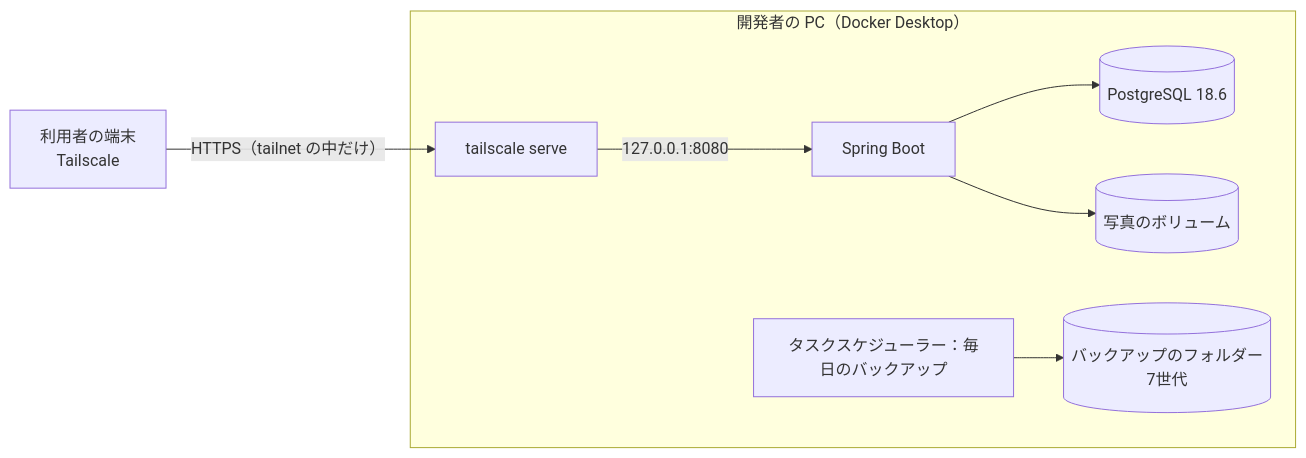
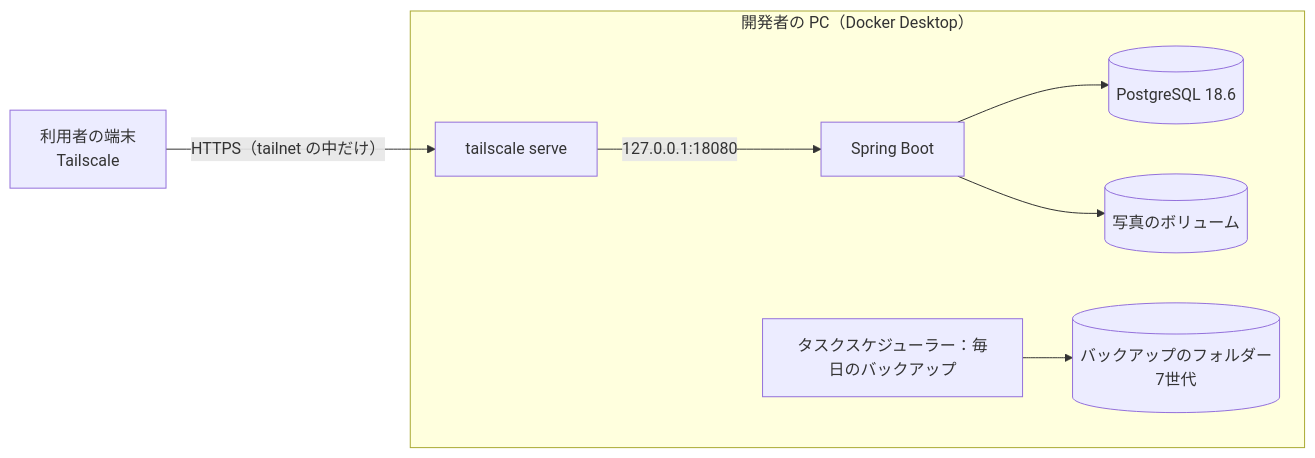
One commit to major182/MeowScope changed the second of 4 diagrams in docs/09_deployment.md. Above: the diagram before and after it, drawn with Mermaid. The commit also changed other lines of this file and 9 other files, not shown here.

````diff
--- a/docs/09_deployment.md
+++ b/docs/09_deployment.md
@@ -75,10 +77,10 @@
 ```mermaid
 flowchart LR
   phone["利用者の端末<br>Tailscale"] -- "HTTPS（tailnet の中だけ）" --> ts
   subgraph pc ["開発者の PC（Docker Desktop）"]
-    ts["tailscale serve"] -- "127.0.0.1:8080" --> server["Spring Boot"]
+    ts["tailscale serve"] -- "127.0.0.1:18080" --> server["Spring Boot"]
     server --> db[("PostgreSQL 18.6")]
     server --> photos[("写真のボリューム")]
     task["タスクスケジューラー：毎日のバックアップ"] --> backup[("バックアップのフォルダー<br>7世代")]
   end
 ```
````
